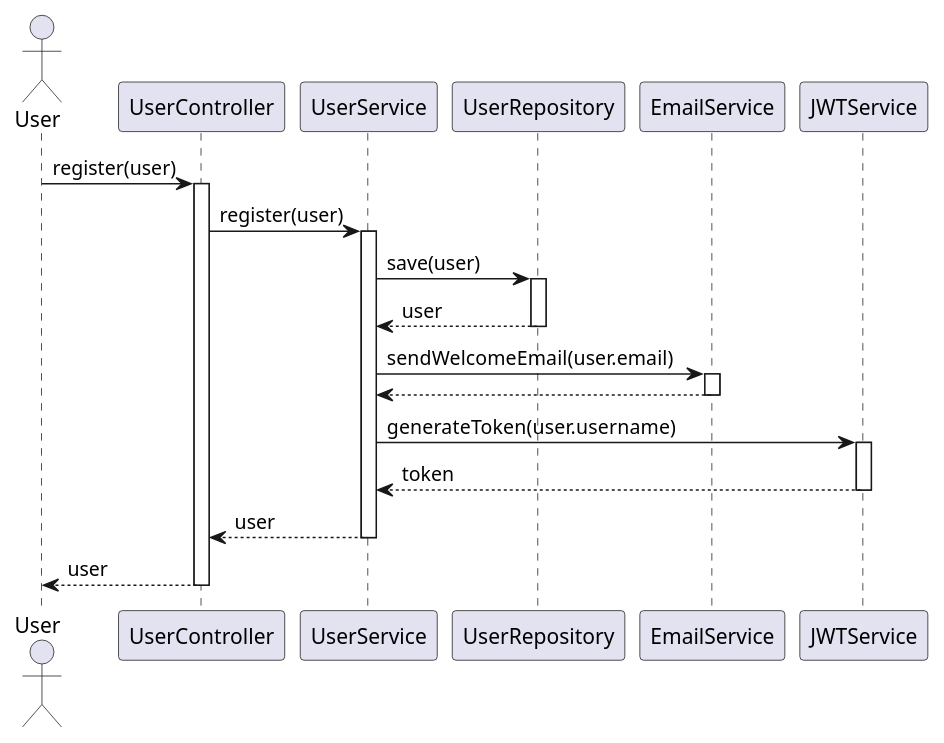
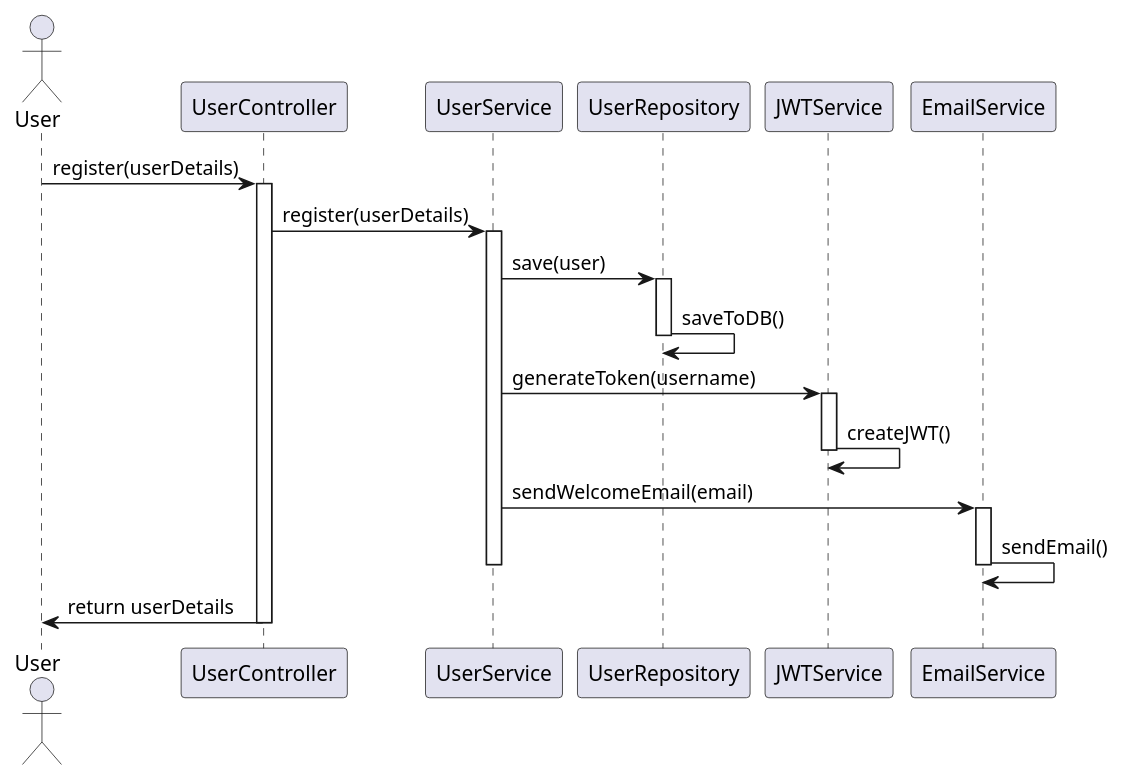
Before and after one commit to Dinesh-s95/AutoDoc.ai: the first of 4 diagrams in identityprovider/documentation/detaileddesign.adoc, drawn with PlantUML. The commit also changed other lines of this file and 8 other files, not shown here.

```diff
--- a/identityprovider/documentation/detaileddesign.adoc
+++ b/identityprovider/documentation/detaileddesign.adoc
@@ -288,38 +152,31 @@
-[plantuml, user-registration-flow, png]
+[plantuml, user-registration-sequence, png]
 ----
 @startuml
 actor User
 participant UserController
 participant UserService
 participant UserRepository
+participant JWTService
 participant EmailService
-participant JWTService
 
-User -> UserController : register(user)
+User -> UserController : register(userDetails)
 activate UserController
-
-UserController -> UserService : register(user)
+UserController -> UserService : register(userDetails)
 activate UserService
-
 UserService -> UserRepository : save(user)
 activate UserRepository
-UserRepository --> UserService : user
+UserRepository -> UserRepository : saveToDB()
 deactivate UserRepository
-
-UserService -> EmailService : sendWelcomeEmail(user.email)
+UserService -> JWTService : generateToken(username)
+activate JWTService
+JWTService -> JWTService : createJWT()
+deactivate JWTService
+UserService -> EmailService : sendWelcomeEmail(email)
 activate EmailService
-EmailService --> UserService
+EmailService -> EmailService : sendEmail()
 deactivate EmailService
-
-UserService -> JWTService : generateToken(user.username)
-activate JWTService
-JWTService --> UserService : token
-deactivate JWTService
-
-UserService --> UserController : user
 deactivate UserService
-
-UserController --> User : user
+UserController -> User : return userDetails
 deactivate UserController
 @enduml
 ----
```
